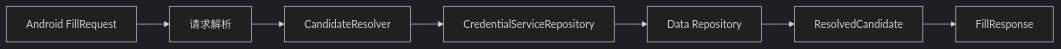
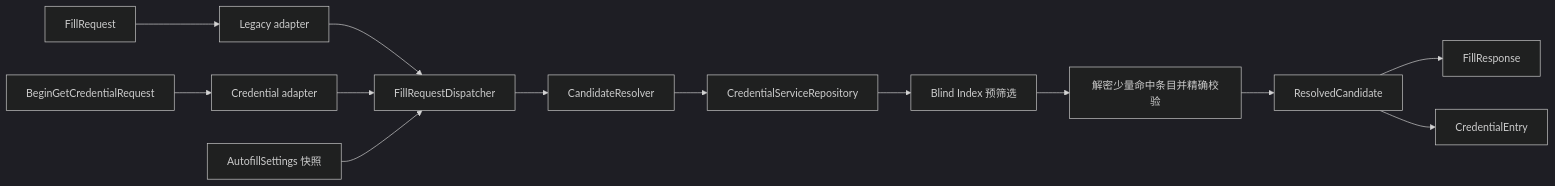
Before and after one commit to aozijx/Passly: the diagram in docs/security/autofill.md, drawn with Mermaid (dark theme). The commit also changed other lines of this file and 49 other files, not shown here.

First line of the commit message:
feat(autofill): 引入 Android 14 凭据管理器支持并重构自动填充架构

````diff
--- a/docs/security/autofill.md
+++ b/docs/security/autofill.md
@@ -6,9 +6,15 @@
 ```mermaid
 flowchart LR
-    Request["Android FillRequest"] --> Parser["请求解析"]
-    Parser --> Resolver["CandidateResolver"]
+    Legacy["FillRequest"] --> Parser["Legacy adapter"]
+    Modern["BeginGetCredentialRequest"] --> Credential["Credential adapter"]
+    Parser --> Dispatcher["FillRequestDispatcher"]
+    Credential --> Dispatcher
+    Settings["AutofillSettings 快照"] --> Dispatcher
+    Dispatcher --> Resolver["CandidateResolver"]
     Resolver --> Contract["CredentialServiceRepository"]
-    Contract --> Repo["Data Repository"]
+    Contract --> Index["Blind Index 预筛选"]
+    Index --> Repo["解密少量命中条目并精确校验"]
     Repo --> Candidate["ResolvedCandidate"]
-    Candidate --> Response["FillResponse"]
+    Candidate --> LegacyResponse["FillResponse"]
+    Candidate --> ModernResponse["CredentialEntry"]
 ```
````
